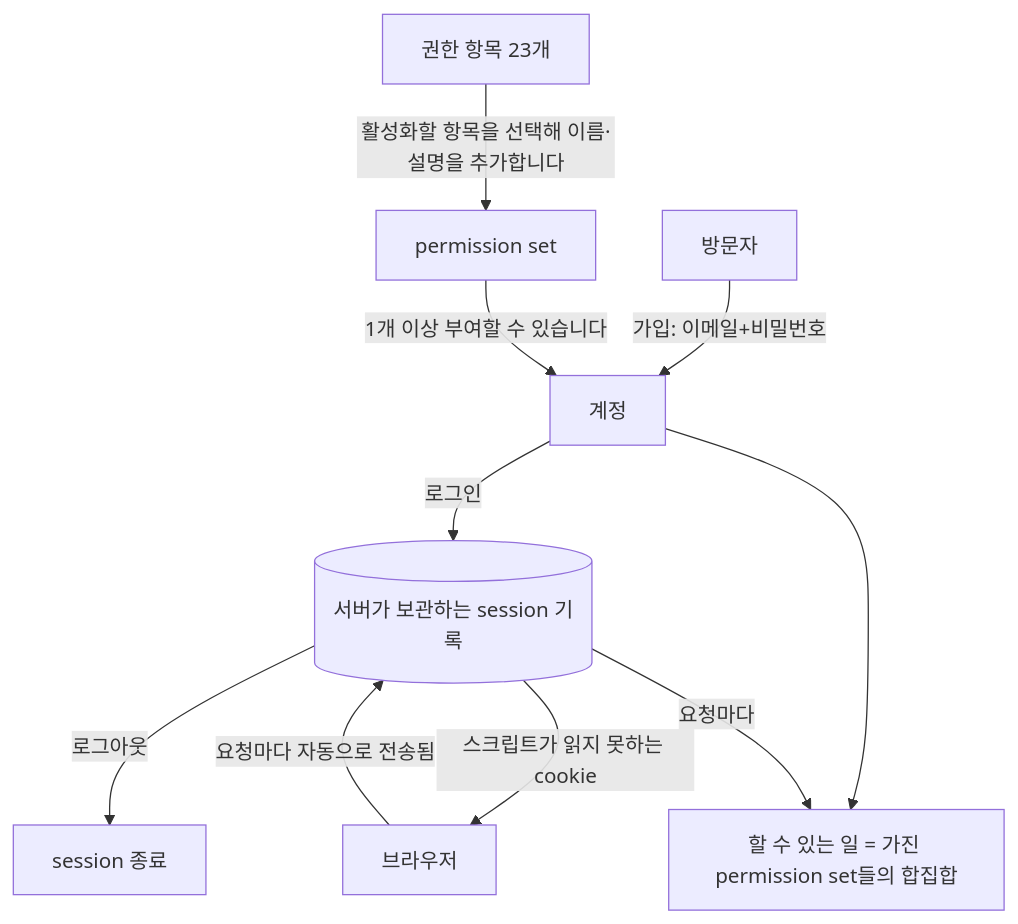
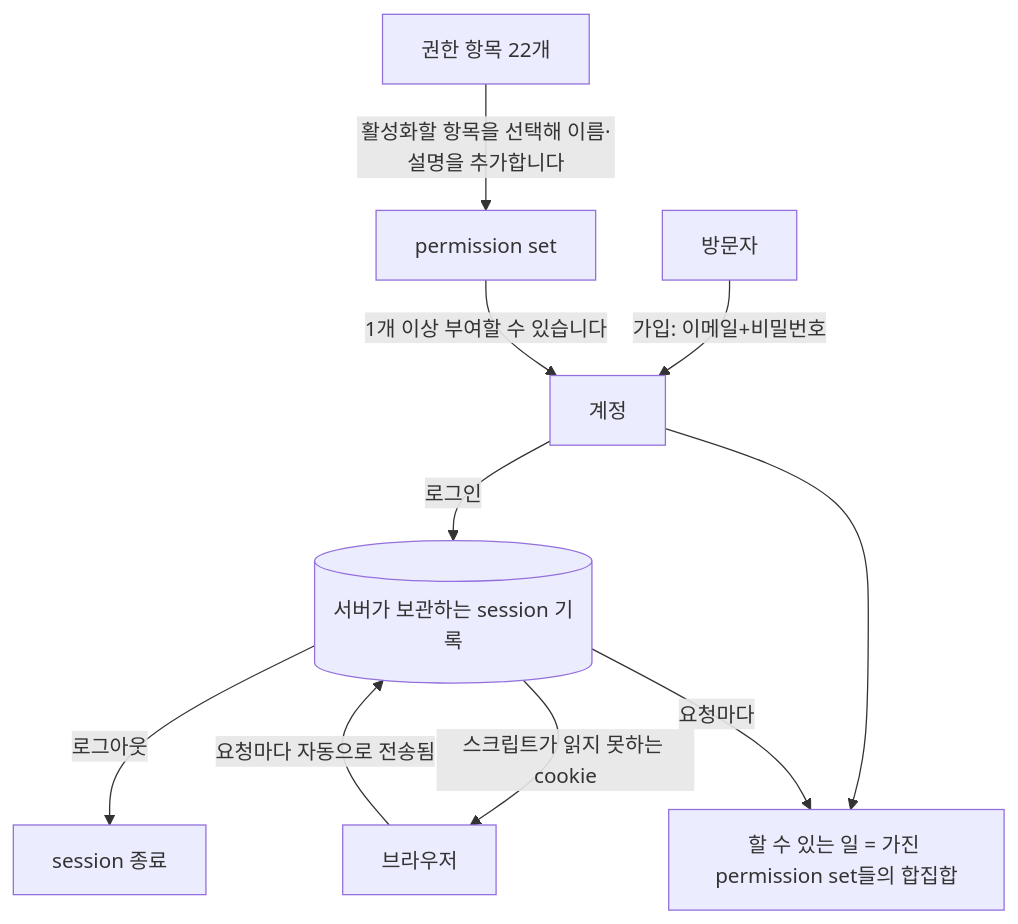
Before and after one commit to minkong-dev/Banblit: the first of 4 diagrams in .cluedoc/accounts-and-roles/accounts-and-roles.md, drawn with Mermaid. The commit also changed other lines of this file and 25 other files, not shown here.

````diff
--- a/.cluedoc/accounts-and-roles/accounts-and-roles.md
+++ b/.cluedoc/accounts-and-roles/accounts-and-roles.md
@@ -58,12 +59,12 @@
 ```mermaid
 flowchart TD
     V[방문자] -->|가입: 이메일+비밀번호| U[계정]
     U -->|로그인| S[(서버가 보관하는 session 기록)]
     S -->|스크립트가 읽지 못하는 cookie| B[브라우저]
     B -->|요청마다 자동으로 전송됨| S
     S -->|로그아웃| X[session 종료]
-    I[권한 항목 23개] -->|활성화할 항목을 선택해 이름·설명을 추가합니다| P[permission set]
+    I[권한 항목 22개] -->|활성화할 항목을 선택해 이름·설명을 추가합니다| P[permission set]
     P -->|1개 이상 부여할 수 있습니다| U
     U --> C[할 수 있는 일 = 가진 permission set들의 합집합]
     S -->|요청마다| C
 ```
````
